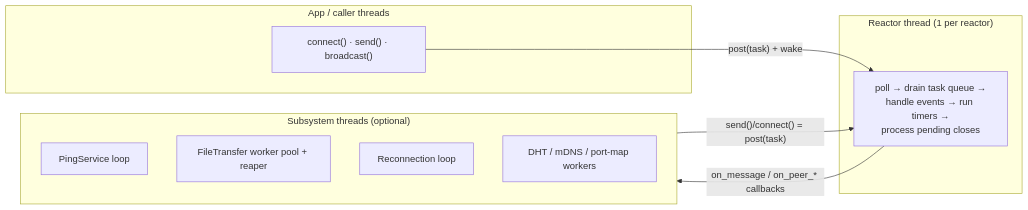
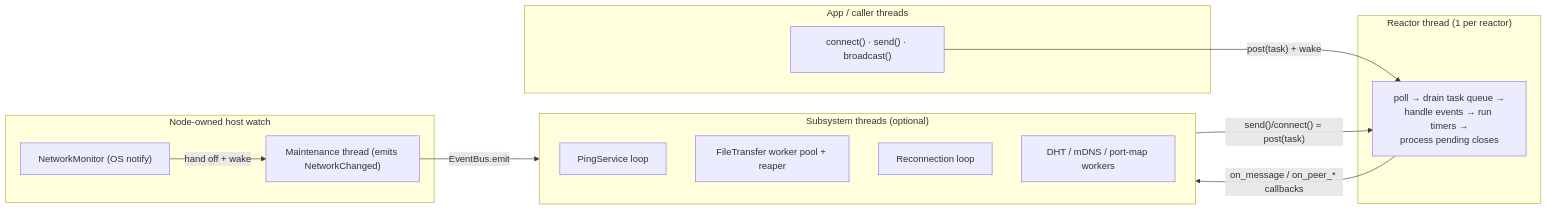
Before and after one commit to librats/librats: the third of 9 diagrams in ARCHITECTURE.md, drawn with Mermaid. The commit also changed other lines of this file and 26 other files, not shown here.

Commit message:
network monitor recovered

````diff
--- a/ARCHITECTURE.md
+++ b/ARCHITECTURE.md
@@ -179,21 +180,28 @@
 ```mermaid
 flowchart LR
     subgraph AppThreads["App / caller threads"]
       A["connect() · send() · broadcast()"]
     end
 
     subgraph ReactorThread["Reactor thread (1 per reactor)"]
       Loop["poll → drain task queue →\nhandle events → run timers →\nprocess pending closes"]
     end
 
     subgraph SubThreads["Subsystem threads (optional)"]
       PT["PingService loop"]
       FW["FileTransfer worker pool + reaper"]
       RT["Reconnection loop"]
       DT["DHT / mDNS / port-map workers"]
     end
 
+    subgraph NodeThreads["Node-owned host watch"]
+      NM["NetworkMonitor (OS notify)"]
+      MT["Maintenance thread (emits NetworkChanged)"]
+    end
+
     A -->|"post(task) + wake"| Loop
     SubThreads -->|"send()/connect() = post(task)"| Loop
     Loop -->|"on_message / on_peer_* callbacks"| SubThreads
+    NM -->|"hand off + wake"| MT
+    MT -->|"EventBus.emit"| SubThreads
 ```
````
